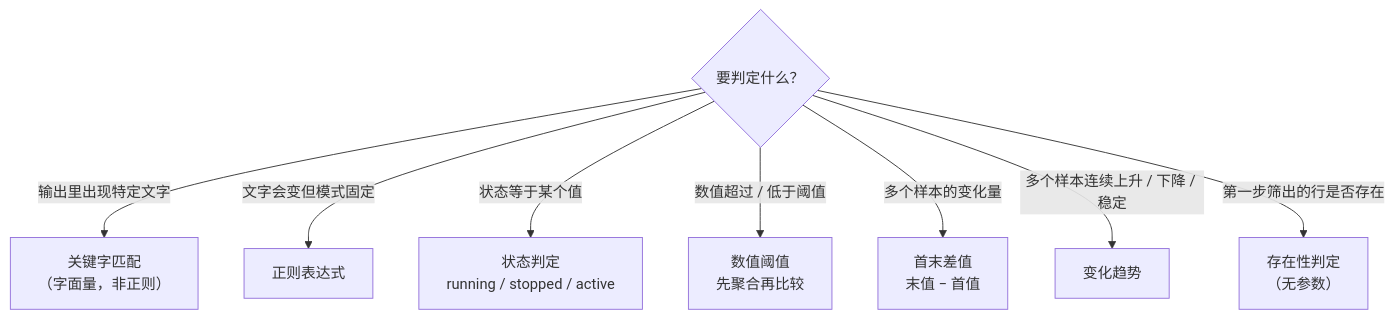
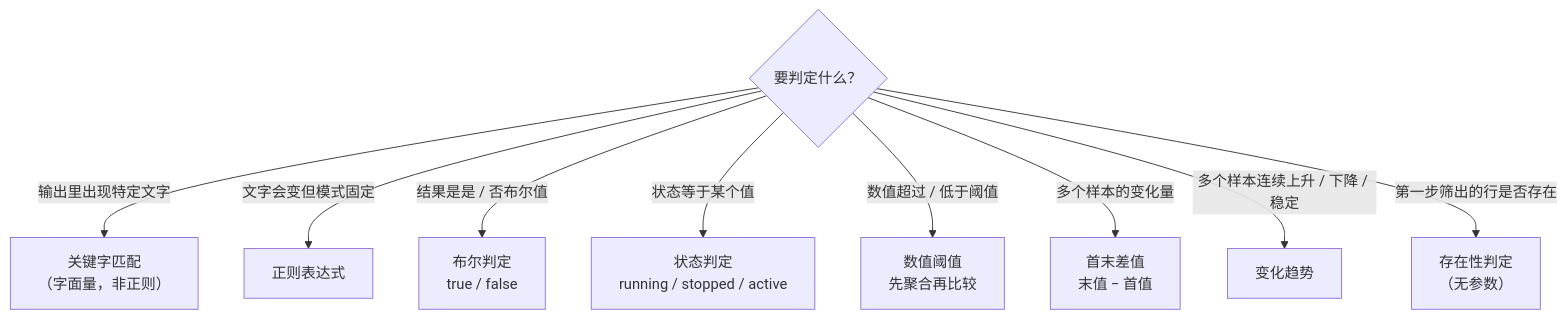
One commit to tomturing/hci-troubleshoot-platform changed the seventh of 8 diagrams in docs/solution/agent/KBD审核发布操作指南.md. Above: the diagram before and after it, drawn with Mermaid. The commit also changed other lines of this file, not shown here.

````diff
--- a/docs/solution/agent/KBD审核发布操作指南.md
+++ b/docs/solution/agent/KBD审核发布操作指南.md
@@ -454,11 +537,12 @@
 ```mermaid
 flowchart TD
     Q{"要判定什么？"}
     Q -->|"输出里出现特定文字"| K["关键字匹配<br/>（字面量，非正则）"]
     Q -->|"文字会变但模式固定"| R["正则表达式"]
+    Q -->|"结果是是 / 否布尔值"| B["布尔判定<br/>true / false"]
     Q -->|"状态等于某个值"| S["状态判定<br/>running / stopped / active"]
     Q -->|"数值超过 / 低于阈值"| T["数值阈值<br/>先聚合再比较"]
     Q -->|"多个样本的变化量"| D["首末差值<br/>末值 − 首值"]
     Q -->|"多个样本连续上升 / 下降 / 稳定"| TR["变化趋势"]
     Q -->|"第一步筛出的行是否存在"| E["存在性判定<br/>（无参数）"]
 ```
````
